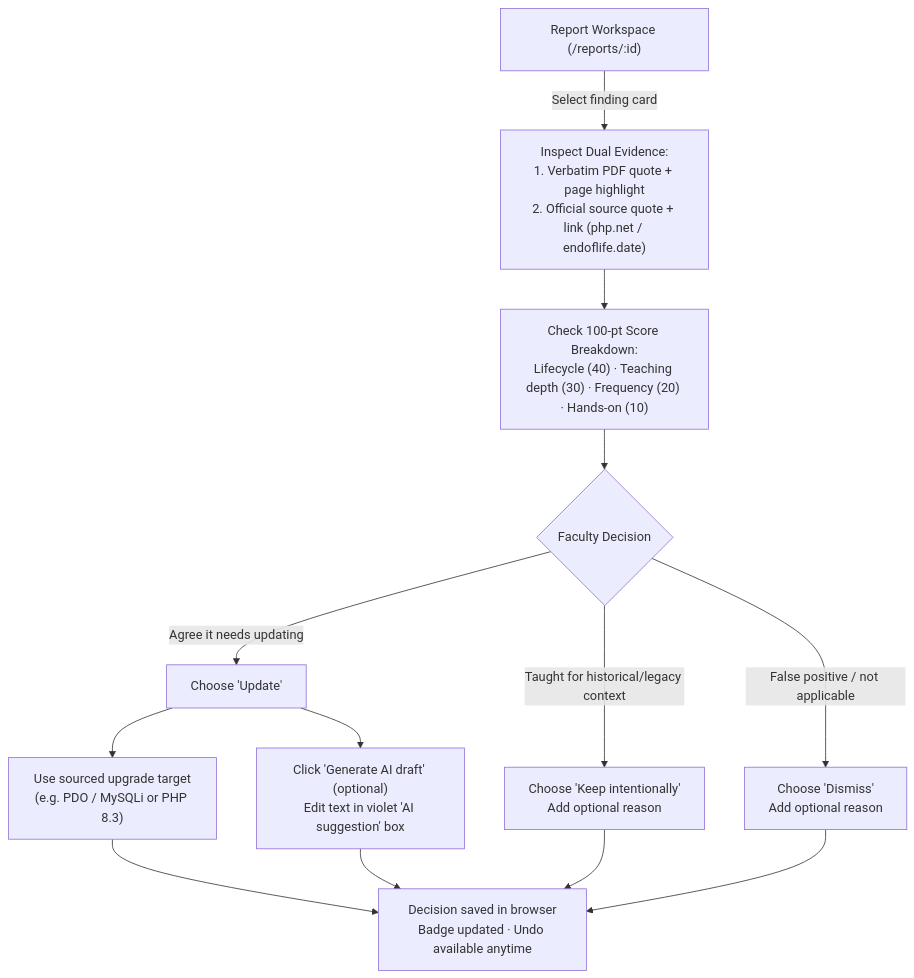
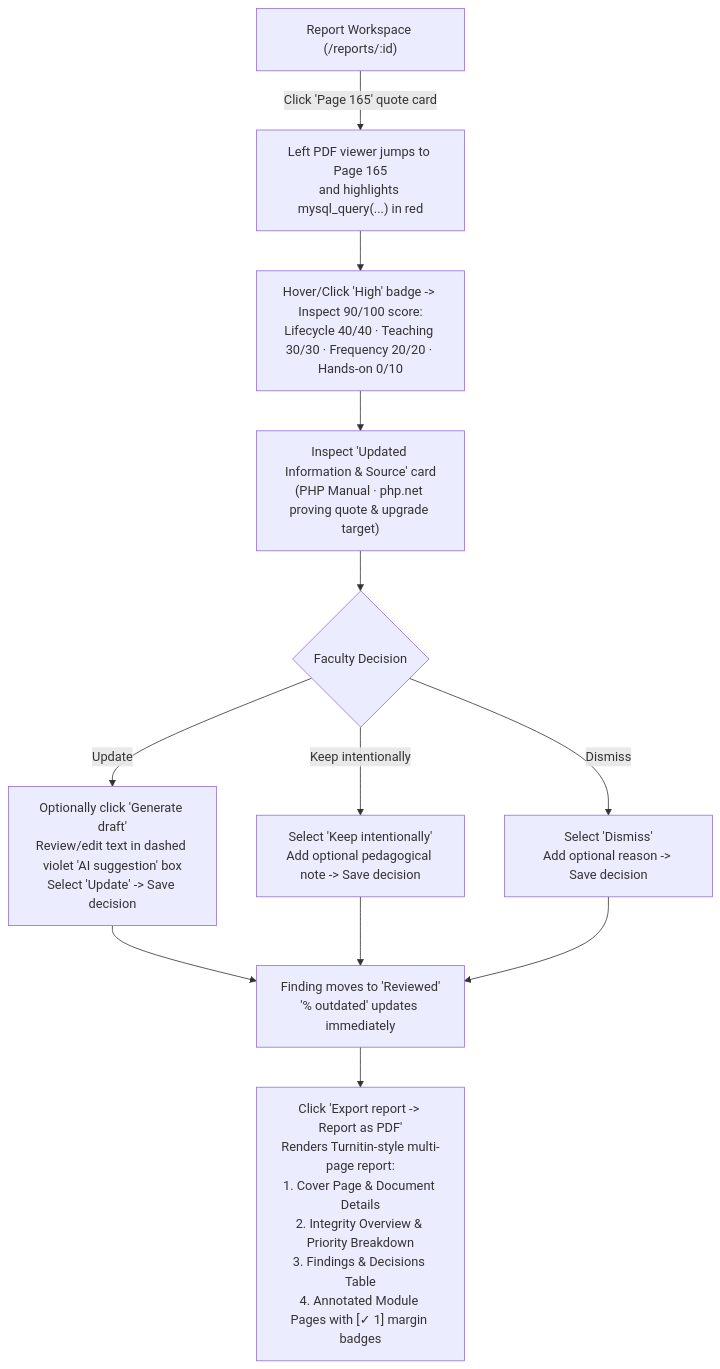
The fourth of 4 diagrams in docs/user-flow.md (educ-jkescritor/GroundEd), drawn with Mermaid before and after one commit. The commit also changed other lines of this file and 7 other files, not shown here.

First line of the commit message:
docs: refresh README, architecture, API examples and user flows

````diff
--- a/docs/user-flow.md
+++ b/docs/user-flow.md
@@ -68,12 +93,12 @@
 ```mermaid
 flowchart TD
-    R["Report Workspace (/reports/:id)"] -->|"Select finding card"| EV["Inspect Dual Evidence:<br/>1. Verbatim PDF quote + page highlight<br/>2. Official source quote + link (php.net / endoflife.date)"]
-    EV --> SC["Check 100-pt Score Breakdown:<br/>Lifecycle (40) · Teaching depth (30) · Frequency (20) · Hands-on (10)"]
-    SC --> Q{"Faculty Decision"}
-    Q -->|"Agree it needs updating"| U["Choose 'Update'"]
-    U --> U1["Use sourced upgrade target<br/>(e.g. PDO / MySQLi or PHP 8.3)"]
-    U --> U2["Click 'Generate AI draft' (optional)<br/>Edit text in violet 'AI suggestion' box"]
-    Q -->|"Taught for historical/legacy context"| K["Choose 'Keep intentionally'<br/>Add optional reason"]
-    Q -->|"False positive / not applicable"| D["Choose 'Dismiss'<br/>Add optional reason"]
-    U1 & U2 & K & D --> B["Decision saved in browser<br/>Badge updated · Undo available anytime"]
+    R["Report Workspace (/reports/:id)"] -->|"Click 'Page 165' quote card"| P1["Left PDF viewer jumps to Page 165<br/>and highlights mysql_query(...) in red"]
+    P1 --> P2["Hover/Click 'High' badge -> Inspect 90/100 score:<br/>Lifecycle 40/40 · Teaching 30/30 · Frequency 20/20 · Hands-on 0/10"]
+    P2 --> P3["Inspect 'Updated Information & Source' card<br/>(PHP Manual · php.net proving quote & upgrade target)"]
+    P3 --> Q{"Faculty Decision"}
+    Q -->|"Update"| U["Optionally click 'Generate draft'<br/>Review/edit text in dashed violet 'AI suggestion' box<br/>Select 'Update' -> Save decision"]
+    Q -->|"Keep intentionally"| K["Select 'Keep intentionally'<br/>Add optional pedagogical note -> Save decision"]
+    Q -->|"Dismiss"| D["Select 'Dismiss'<br/>Add optional reason -> Save decision"]
+    U & K & D --> REV["Finding moves to 'Reviewed'<br/>'% outdated' updates immediately"]
+    REV --> EXP["Click 'Export report -> Report as PDF'<br/>Renders Turnitin-style multi-page report:<br/>1. Cover Page & Document Details<br/>2. Integrity Overview & Priority Breakdown<br/>3. Findings & Decisions Table<br/>4. Annotated Module Pages with [✓ 1] margin badges"]
 ```
````
